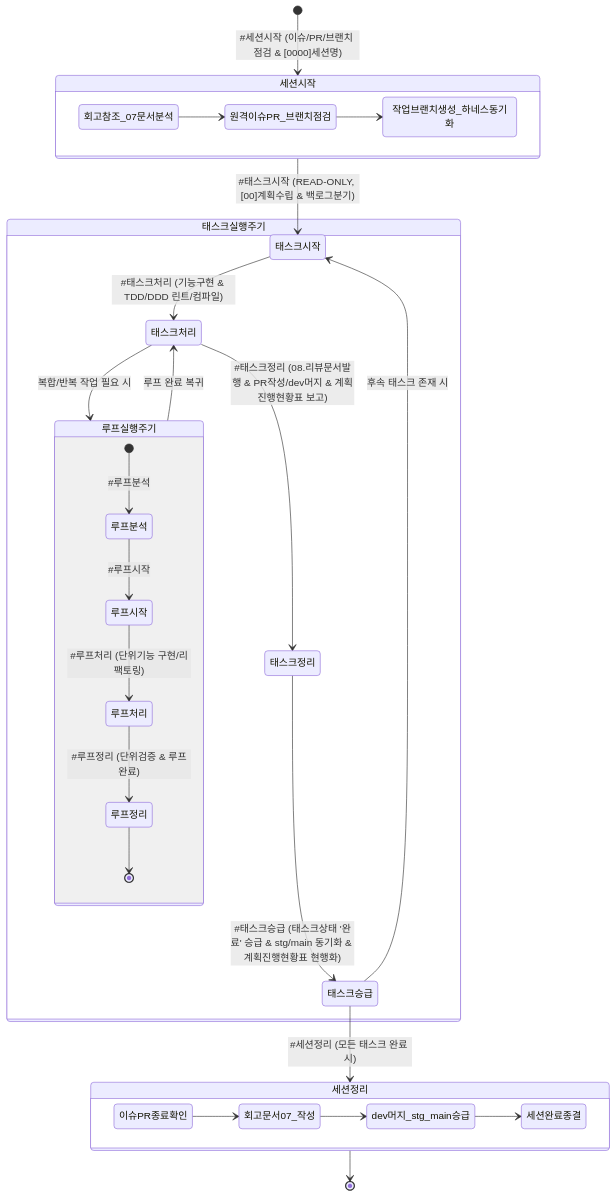
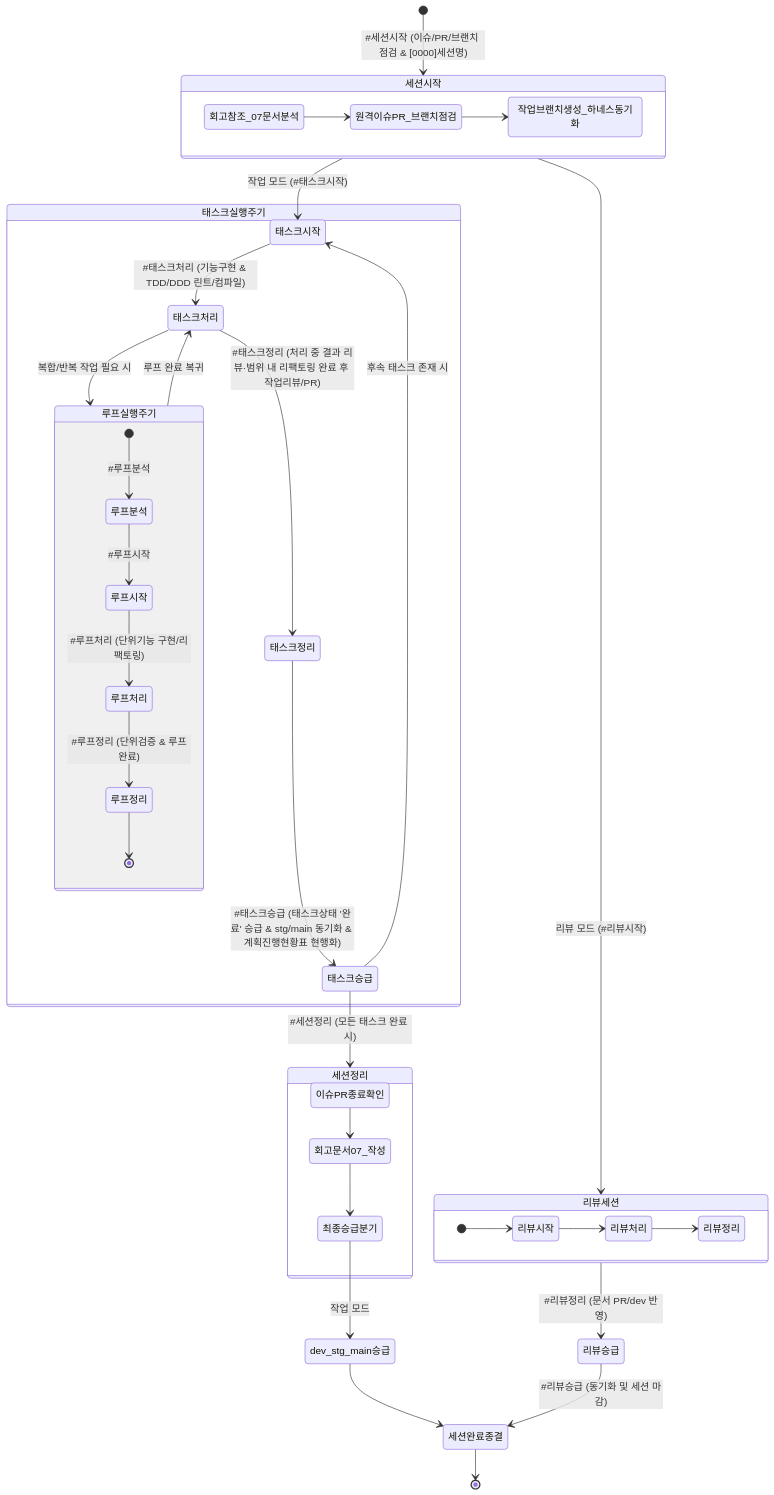
The diagram in AGENTS.md (jkoogit/moabogo), drawn with Mermaid before and after one commit. The commit also changed other lines of this file and 113 other files, not shown here.

````diff
--- a/AGENTS.md
+++ b/AGENTS.md
@@ -12,41 +12,53 @@
 ```mermaid
 stateDiagram-v2
     [*] --> 세션시작: #세션시작 (이슈/PR/브랜치 점검 & [0000]세션명)
     
     state 세션시작 {
         direction LR
         회고참조_07문서분석 --> 원격이슈PR_브랜치점검
         원격이슈PR_브랜치점검 --> 작업브랜치생성_하네스동기화
     }
 
-    세션시작 --> 태스크시작: #태스크시작 (READ-ONLY, [00]계획수립 & 백로그분기)
+    세션시작 --> 태스크시작: 작업 모드 (#태스크시작)
+    세션시작 --> 리뷰세션: 리뷰 모드 (#리뷰시작)
 
     state 태스크실행주기 {
         태스크시작 --> 태스크처리: #태스크처리 (기능구현 & TDD/DDD 린트/컴파일)
         
         state 루프실행주기 {
             [*] --> 루프분석: #루프분석
             루프분석 --> 루프시작: #루프시작
             루프시작 --> 루프처리: #루프처리 (단위기능 구현/리팩토링)
             루프처리 --> 루프정리: #루프정리 (단위검증 & 루프완료)
             루프정리 --> [*]
         }
         
         태스크처리 --> 루프실행주기: 복합/반복 작업 필요 시
         루프실행주기 --> 태스크처리: 루프 완료 복귀
-        태스크처리 --> 태스크정리: #태스크정리 (08.리뷰문서발행 & PR작성/dev머지 & 계획진행현황표 보고)
+        태스크처리 --> 태스크정리: #태스크정리 (처리 중 결과 리뷰·범위 내 리팩토링 완료 후 작업리뷰/PR)
         태스크정리 --> 태스크승급: #태스크승급 (태스크상태 '완료' 승급 & stg/main 동기화 & 계획진행현황표 현행화)
     }
 
     태스크승급 --> 태스크시작: 후속 태스크 존재 시
     태스크승급 --> 세션정리: #세션정리 (모든 태스크 완료 시)
 
+    state 리뷰세션 {
+        direction LR
+        [*] --> 리뷰시작
+        리뷰시작 --> 리뷰처리
+        리뷰처리 --> 리뷰정리
+    }
+
+    리뷰세션 --> 리뷰승급: #리뷰정리 (문서 PR/dev 반영)
+
     state 세션정리 {
         direction LR
         이슈PR종료확인 --> 회고문서07_작성
-        회고문서07_작성 --> dev머지_stg_main승급
-        dev머지_stg_main승급 --> 세션완료종결
+        회고문서07_작성 --> 최종승급분기
     }
 
-    세션정리 --> [*]
+    최종승급분기 --> dev_stg_main승급: 작업 모드
+    dev_stg_main승급 --> 세션완료종결
+    리뷰승급 --> 세션완료종결: #리뷰승급 (동기화 및 세션 마감)
+    세션완료종결 --> [*]
 ```
````
